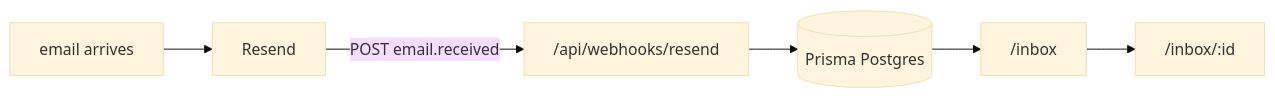
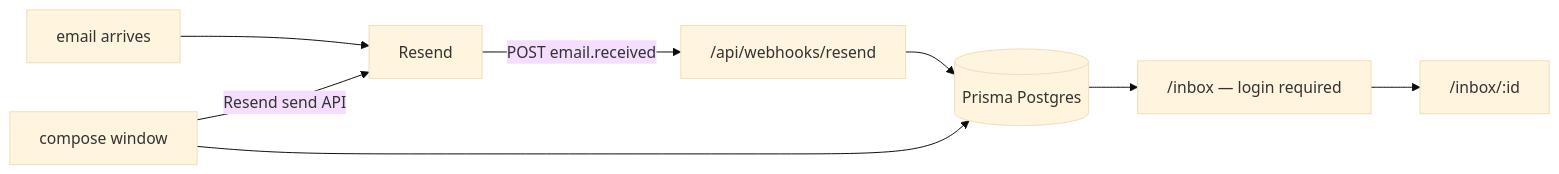
One commit to RIOV-AERO/riov-inbox changed the diagram in README.md. Above: the diagram before and after it, drawn with Mermaid (base theme). The commit also changed other lines of this file and 73 other files, not shown here.

````diff
--- a/README.md
+++ b/README.md
@@ -5,8 +5,10 @@
 ```mermaid
 graph LR
     A[email arrives] --> B[Resend]
     B -->|POST email.received| C["/api/webhooks/resend"]
     C --> D[(Prisma Postgres)]
-    D --> E["/inbox"]
+    D --> E["/inbox — login required"]
     E --> F["/inbox/:id"]
+    G[compose window] -->|Resend send API| B
+    G --> D
 ```
````
